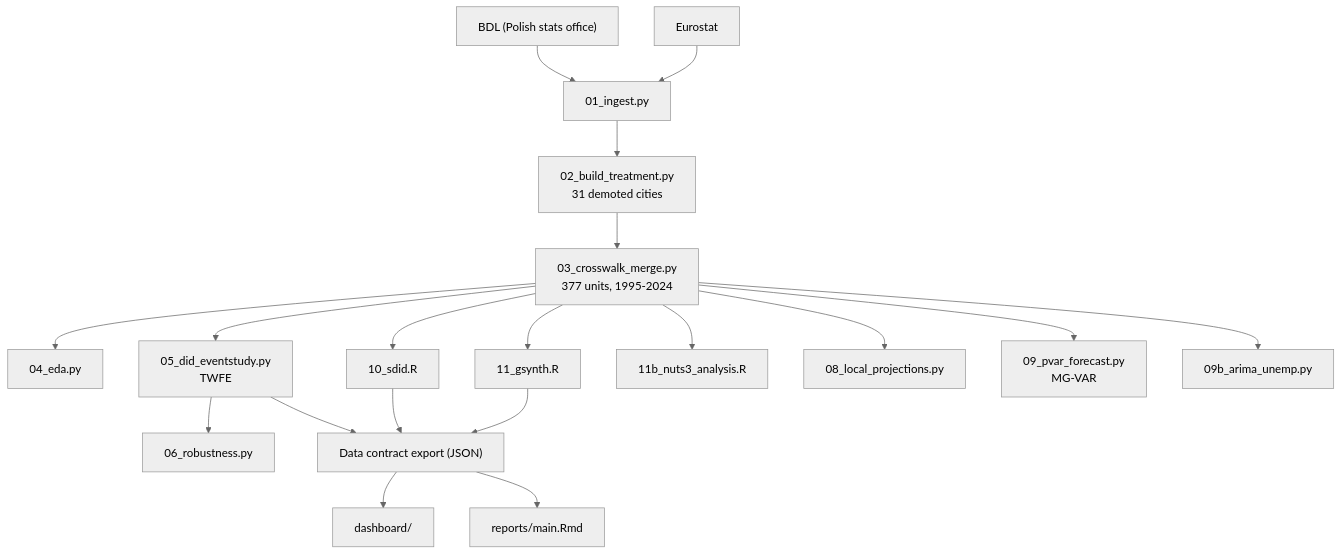
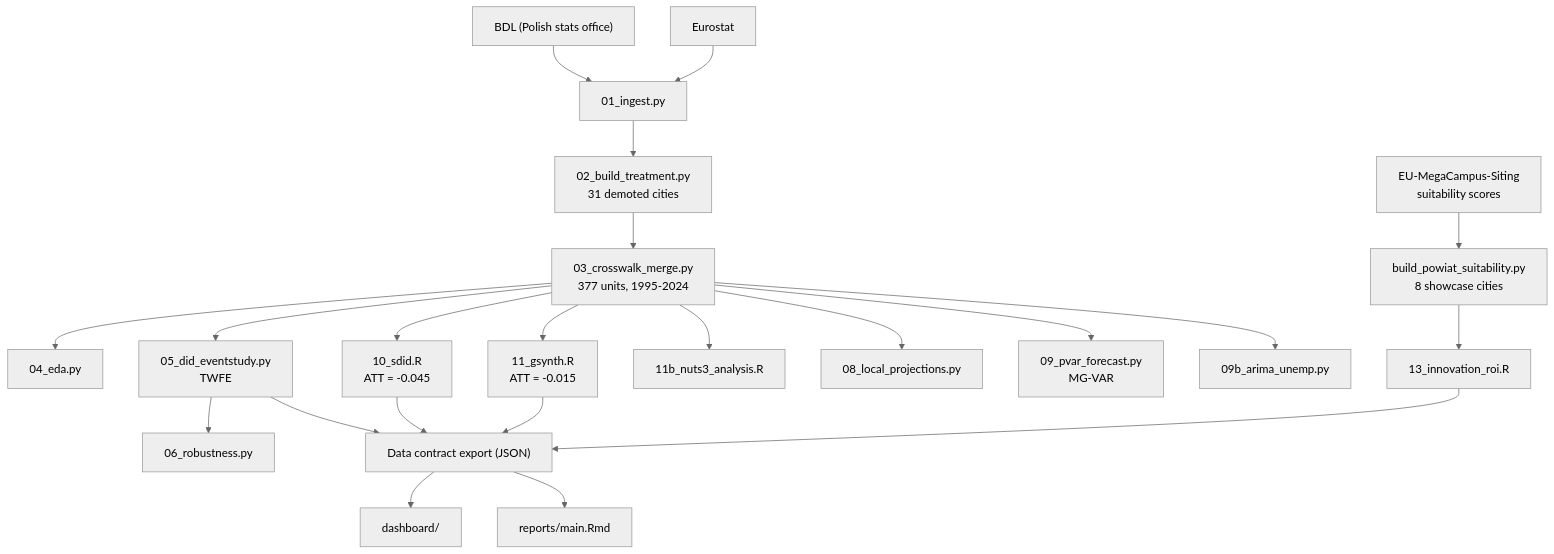
Before and after one commit to andrm101/pl-capital-reform-did: the diagram in README.md, drawn with Mermaid (neutral theme). The commit also changed other lines of this file, not shown here.

````diff
--- a/README.md
+++ b/README.md
@@ -22,21 +36,24 @@
 ```mermaid
 flowchart TD
     BDL["BDL (Polish stats office)"] --> Ingest["01_ingest.py"]
     Eurostat["Eurostat"] --> Ingest
     Ingest --> Treatment["02_build_treatment.py<br/>31 demoted cities"]
     Treatment --> Crosswalk["03_crosswalk_merge.py<br/>377 units, 1995-2024"]
     Crosswalk --> EDA["04_eda.py"]
     Crosswalk --> DiD["05_did_eventstudy.py<br/>TWFE"]
     DiD --> Robust["06_robustness.py"]
-    Crosswalk --> SDiD["10_sdid.R"]
-    Crosswalk --> Gsynth["11_gsynth.R"]
+    Crosswalk --> SDiD["10_sdid.R<br/>ATT = -0.045"]
+    Crosswalk --> Gsynth["11_gsynth.R<br/>ATT = -0.015"]
     Crosswalk --> NUTS3["11b_nuts3_analysis.R"]
     Crosswalk --> LP["08_local_projections.py"]
     Crosswalk --> PVAR["09_pvar_forecast.py<br/>MG-VAR"]
     Crosswalk --> ARIMA["09b_arima_unemp.py"]
+    MegaCampus["EU-MegaCampus-Siting<br/>suitability scores"] --> Suitability["build_powiat_suitability.py<br/>8 showcase cities"]
+    Suitability --> ROI["13_innovation_roi.R"]
     DiD --> Export["Data contract export (JSON)"]
     SDiD --> Export
     Gsynth --> Export
+    ROI --> Export
     Export --> Dashboard["dashboard/"]
     Export --> Report["reports/main.Rmd"]
 ```
````
